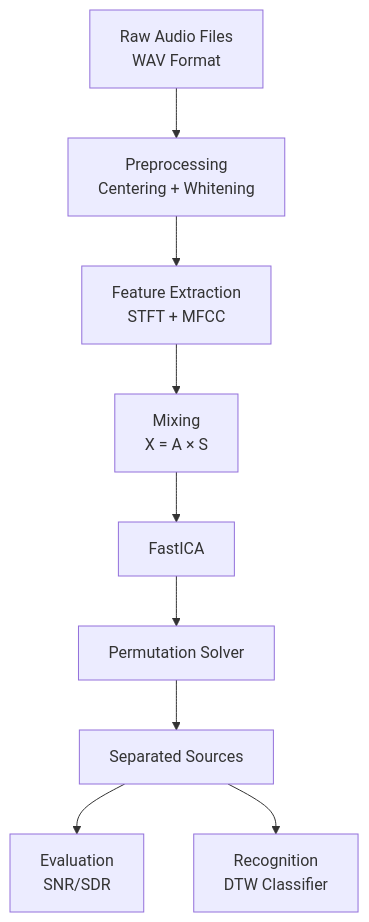
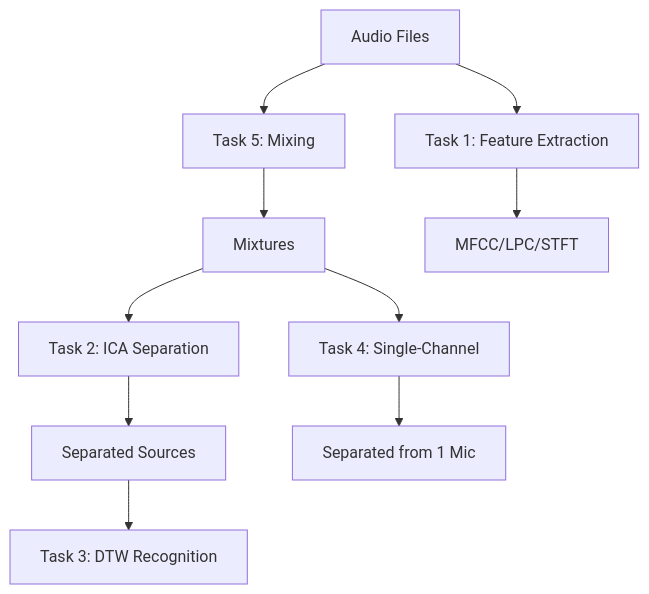
One commit to Viendeptrai1/1_Project_XLTN changed the first of 6 diagrams in README.md. Above: the diagram before and after it, drawn with Mermaid. The commit also changed other lines of this file and 1 other file, not shown here.

````diff
--- a/README.md
+++ b/README.md
@@ -63,11 +39,12 @@
 ```mermaid
 graph TD
-    A[Raw Audio Files<br/>WAV Format] --> B[Preprocessing<br/>Centering + Whitening]
-    B --> C[Feature Extraction<br/>STFT + MFCC]
-    C --> D[Mixing<br/>X = A × S]
-    D --> F[FastICA]
-    F --> H[Permutation Solver]
-    H --> J[Separated Sources]
-    J --> K[Evaluation<br/>SNR/SDR]
-    J --> L[Recognition<br/>DTW Classifier]
+    A[Audio Files] --> B[Task 5: Mixing]
+    B --> C[Mixtures]
+    C --> D[Task 2: ICA Separation]
+    D --> E[Separated Sources]
+    E --> F[Task 3: DTW Recognition]
+    C --> G[Task 4: Single-Channel]
+    G --> H[Separated from 1 Mic]
+    A --> I[Task 1: Feature Extraction]
+    I --> J[MFCC/LPC/STFT]
 ```
````
